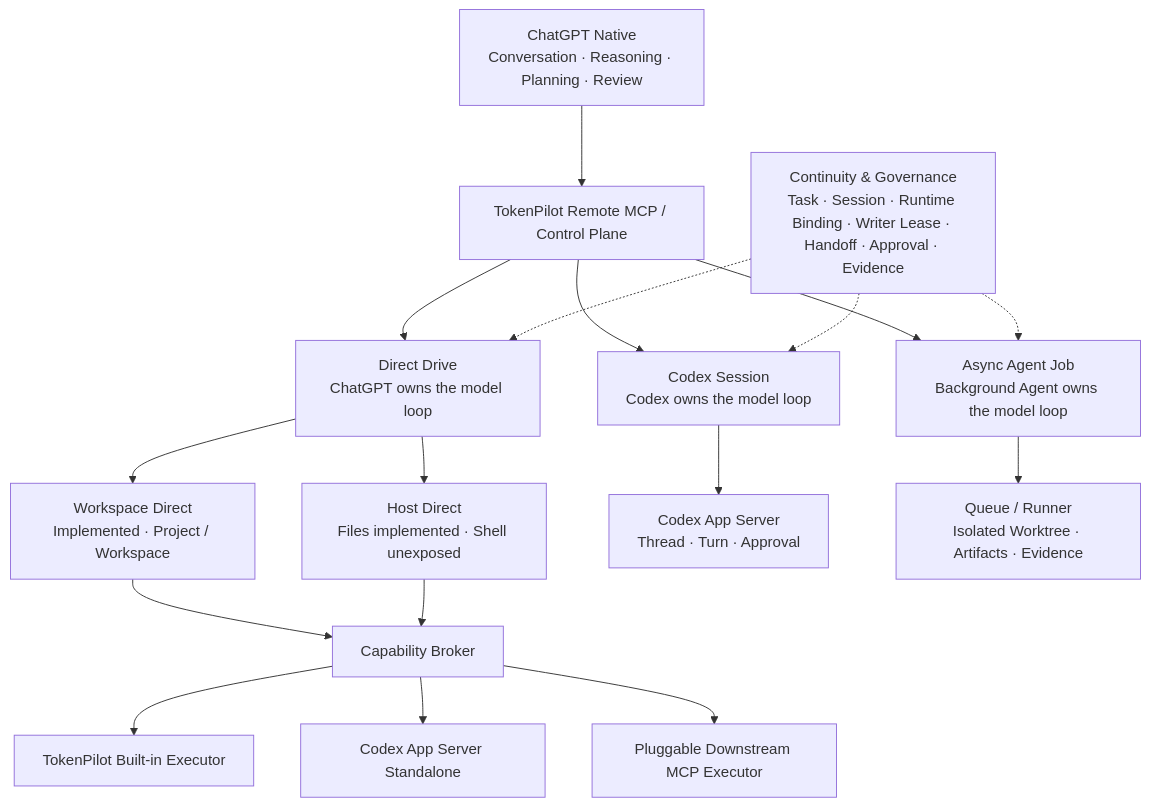
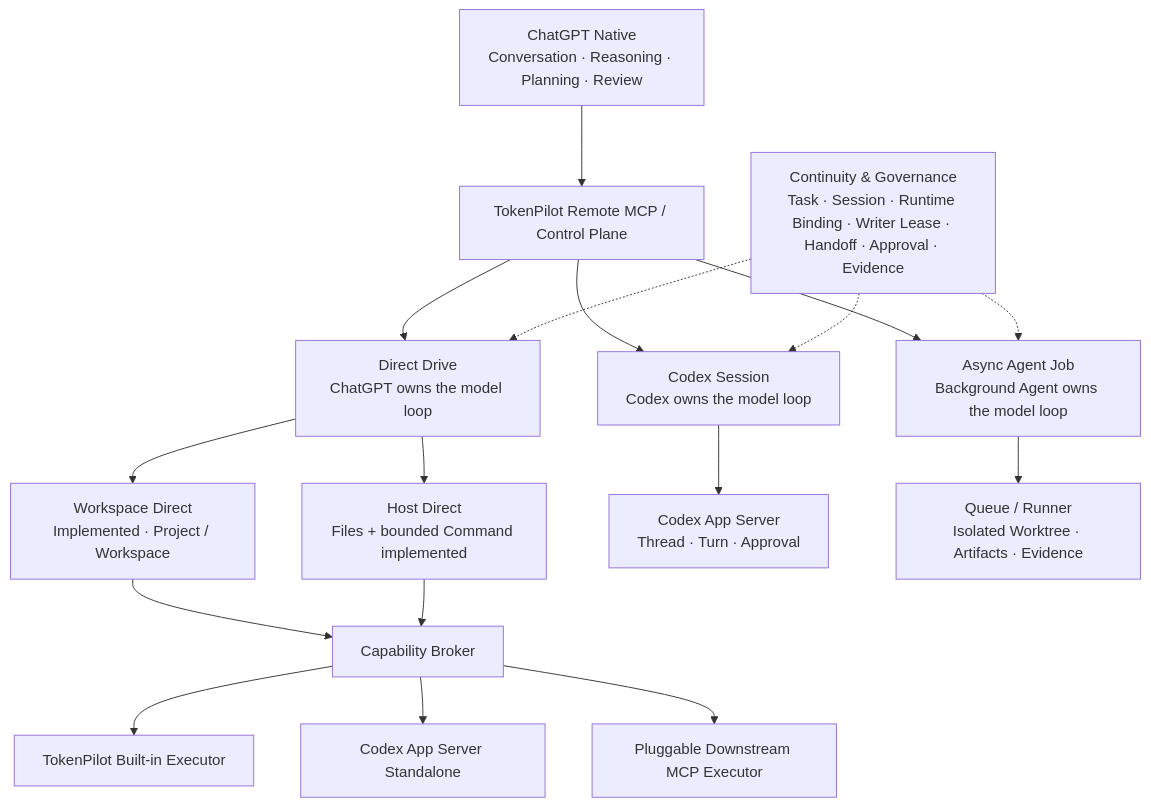
The diagram in README.en.md (wuaishare/ChatCockpit), drawn with Mermaid before and after one commit. The commit also changed other lines of this file and 10 other files, not shown here.

Commit message:
收口 Host Direct Command 第二阶段发布合同

````diff
--- a/README.en.md
+++ b/README.en.md
@@ -23,24 +23,24 @@
 ```mermaid
 flowchart TB
     Chat["ChatGPT Native<br/>Conversation · Reasoning · Planning · Review"] --> MCP["TokenPilot Remote MCP / Control Plane"]
 
     MCP --> Direct["Direct Drive<br/>ChatGPT owns the model loop"]
     MCP --> Codex["Codex Session<br/>Codex owns the model loop"]
     MCP --> Async["Async Agent Job<br/>Background Agent owns the model loop"]
 
     Direct --> Workspace["Workspace Direct<br/>Implemented · Project / Workspace"]
-    Direct --> Host["Host Direct<br/>Files implemented · Shell unexposed"]
+    Direct --> Host["Host Direct<br/>Files + bounded Command implemented"]
 
     Workspace --> Broker["Capability Broker"]
     Host --> Broker
     Broker --> BuiltIn["TokenPilot Built-in Executor"]
     Broker --> Standalone["Codex App Server Standalone"]
     Broker --> Downstream["Pluggable Downstream MCP Executor"]
 
     Codex --> AppServer["Codex App Server<br/>Thread · Turn · Approval"]
     Async --> Runner["Queue / Runner<br/>Isolated Worktree · Artifacts · Evidence"]
 
     Governance["Continuity & Governance<br/>Task · Session · Runtime Binding · Writer Lease · Handoff · Approval · Evidence"] -.-> Direct
     Governance -.-> Codex
     Governance -.-> Async
 ```
````
